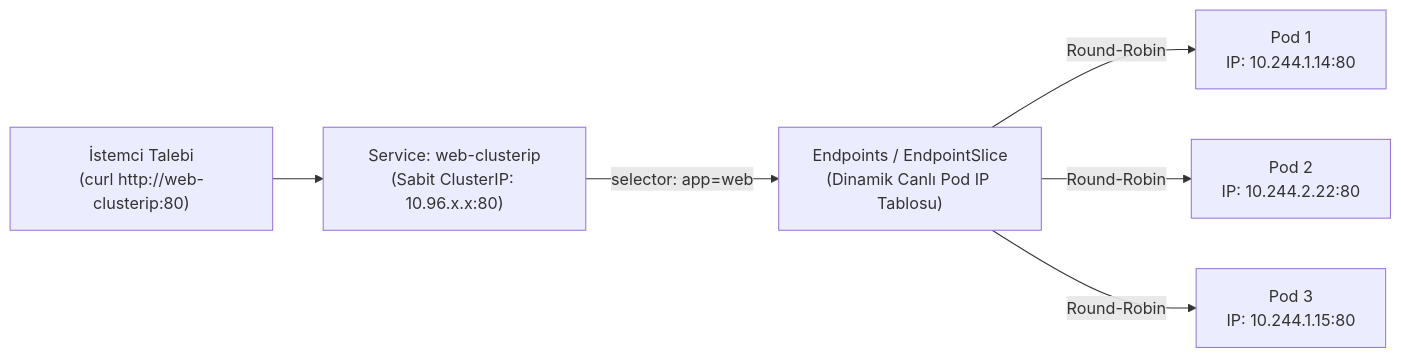
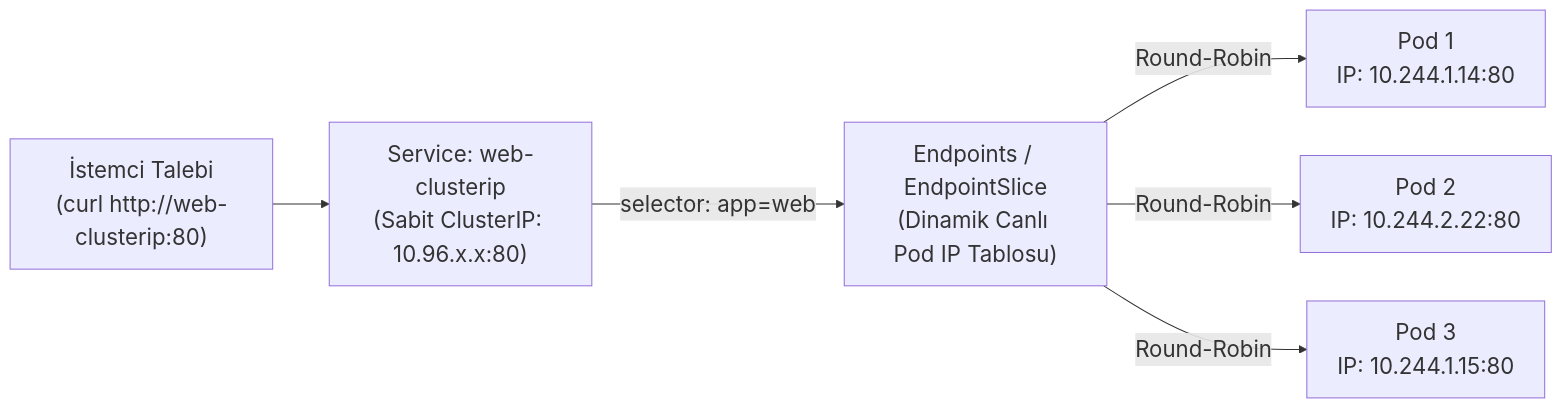
The second of 2 diagrams in lab-01-first-app-pod-deployment-and-services/README.md (MTugce/k8s-labs), drawn with Mermaid before and after one commit. The commit also changed other lines of this file and 13 other files, not shown here.

Commit message:
Refresh Kubernetes lab infographics and enlarge Mermaid diagrams

````diff
--- a/lab-01-first-app-pod-deployment-and-services/README.md
+++ b/lab-01-first-app-pod-deployment-and-services/README.md
@@ -235,8 +236,9 @@
 ```mermaid
+%%{init: {'themeVariables': {'fontSize': '22px'}, 'flowchart': {'nodeSpacing': 48, 'rankSpacing': 56}}}%%
 flowchart LR
   CLIENT["İstemci Talebi\n(curl http://web-clusterip:80)"] --> SRV["Service: web-clusterip\n(Sabit ClusterIP: 10.96.x.x:80)"]
   SRV -->|selector: app=web| EPS["Endpoints / EndpointSlice\n(Dinamik Canlı Pod IP Tablosu)"]
   EPS -->|Round-Robin| P1["Pod 1\nIP: 10.244.1.14:80"]
   EPS -->|Round-Robin| P2["Pod 2\nIP: 10.244.2.22:80"]
   EPS -->|Round-Robin| P3["Pod 3\nIP: 10.244.1.15:80"]
 ```
````
